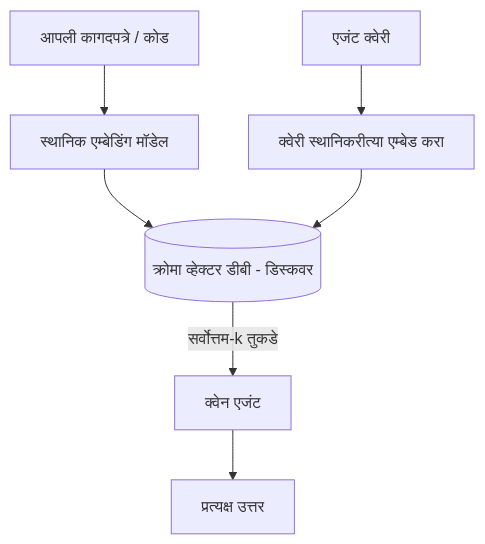
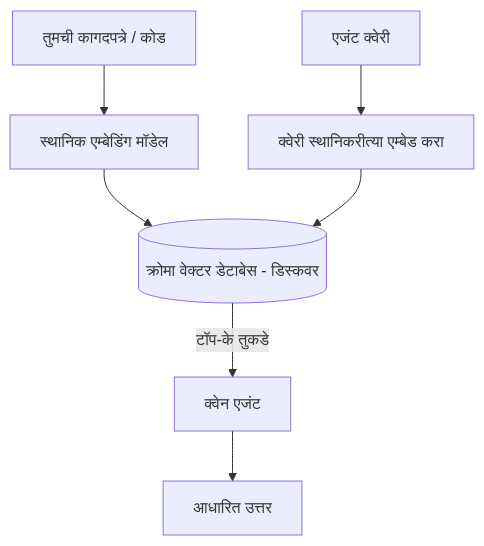
One commit to gabrielmoreira/agent-skills-mirror changed the third of 4 diagrams in mirrors/repos/microsoft@ai-agents-for-beginners/translations/mr/17-creating-local-ai-agents/README.md. Above: the diagram before and after it, drawn with Mermaid. The commit also changed other lines of this file and 4262 other files, not shown here.

````diff
--- a/mirrors/repos/microsoft@ai-agents-for-beginners/translations/mr/17-creating-local-ai-agents/README.md
+++ b/mirrors/repos/microsoft@ai-agents-for-beginners/translations/mr/17-creating-local-ai-agents/README.md
@@ -125,9 +125,9 @@
 ```mermaid
 flowchart TB
-    D[आपली कागदपत्रे / कोड] --> E[स्थानिक एम्बेडिंग मॉडेल]
-    E --> V[(क्रोमा व्हेक्टर डीबी - डिस्कवर)]
+    D[तुमची कागदपत्रे / कोड] --> E[स्थानिक एम्बेडिंग मॉडेल]
+    E --> V[(क्रोमा वेक्टर डेटाबेस - डिस्कवर)]
     Q[एजंट क्वेरी] --> QE[क्वेरी स्थानिकरीत्या एम्बेड करा]
     QE --> V
-    V -->|सर्वोत्तम-k तुकडे| A[क्वेन एजंट]
-    A --> Ans[प्रत्यक्ष उत्तर]
+    V -->|टॉप-के तुकडे| A[क्वेन एजंट]
+    A --> Ans[आधारित उत्तर]
 ```
````
